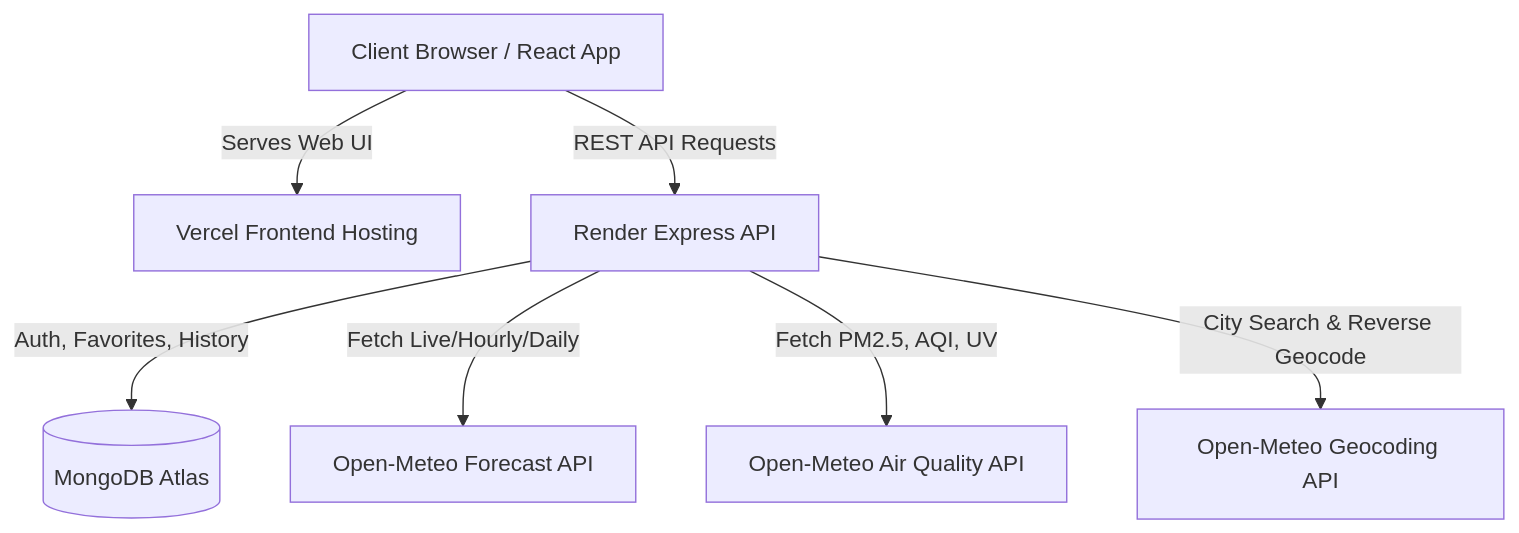
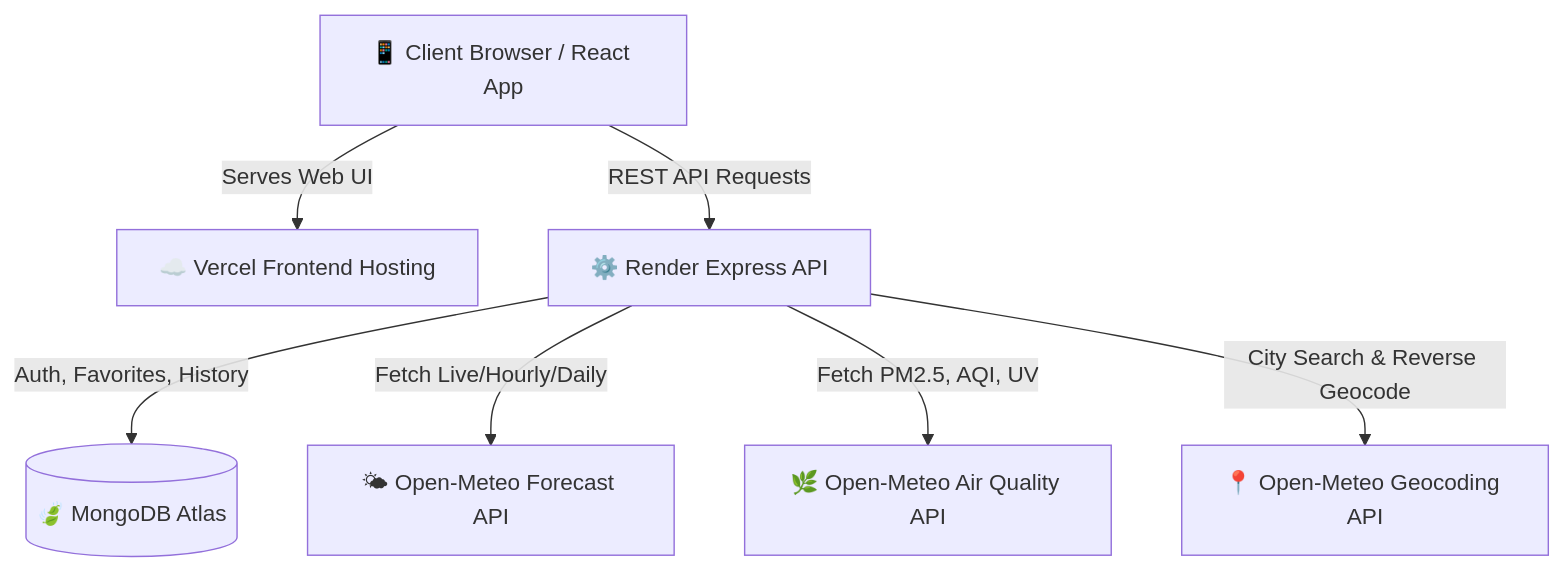
One commit to Ykhushi67/Weather-app changed the diagram in README.md. Above: the diagram before and after it, drawn with Mermaid. The commit also changed other lines of this file, not shown here.

Commit message:
docs: add live demo link and API link to README

````diff
--- a/README.md
+++ b/README.md
@@ -65,17 +86,17 @@
 ```mermaid
 graph TD
-    User[ Client Browser / React App]
-    ViteHost[ Vercel Frontend Hosting]
-    RenderBackend[ Render Express API]
-    MongoDB[( MongoDB Atlas)]
-    OpenMeteoForecast[ Open-Meteo Forecast API]
-    OpenMeteoAQI[ Open-Meteo Air Quality API]
-    OpenMeteoGeo[ Open-Meteo Geocoding API]
+    User[📱 Client Browser / React App]
+    ViteHost[☁️ Vercel Frontend Hosting]
+    RenderBackend[⚙️ Render Express API]
+    MongoDB[(🍃 MongoDB Atlas)]
+    OpenMeteoForecast[🌤 Open-Meteo Forecast API]
+    OpenMeteoAQI[🌿 Open-Meteo Air Quality API]
+    OpenMeteoGeo[📍 Open-Meteo Geocoding API]
 
     User -->|Serves Web UI| ViteHost
     User -->|REST API Requests| RenderBackend
     RenderBackend -->|Auth, Favorites, History| MongoDB
     RenderBackend -->|Fetch Live/Hourly/Daily| OpenMeteoForecast
     RenderBackend -->|Fetch PM2.5, AQI, UV| OpenMeteoAQI
     RenderBackend -->|City Search & Reverse Geocode| OpenMeteoGeo
 ```
````
